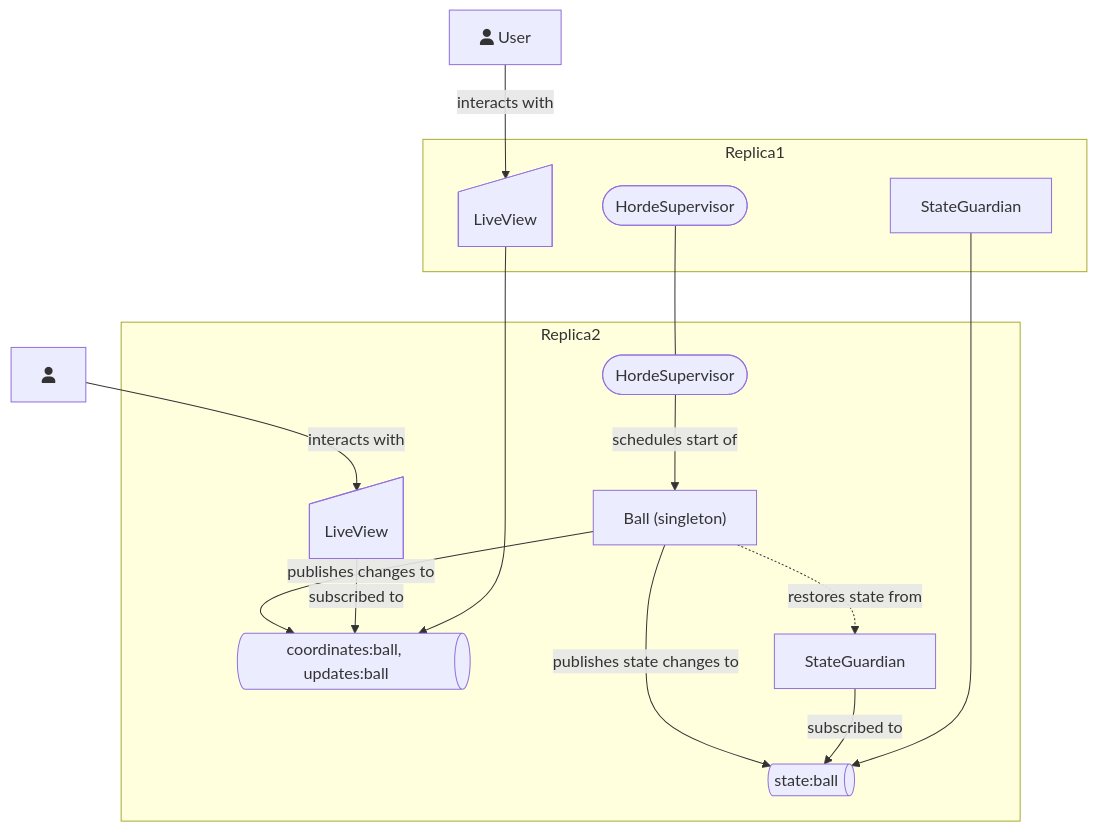
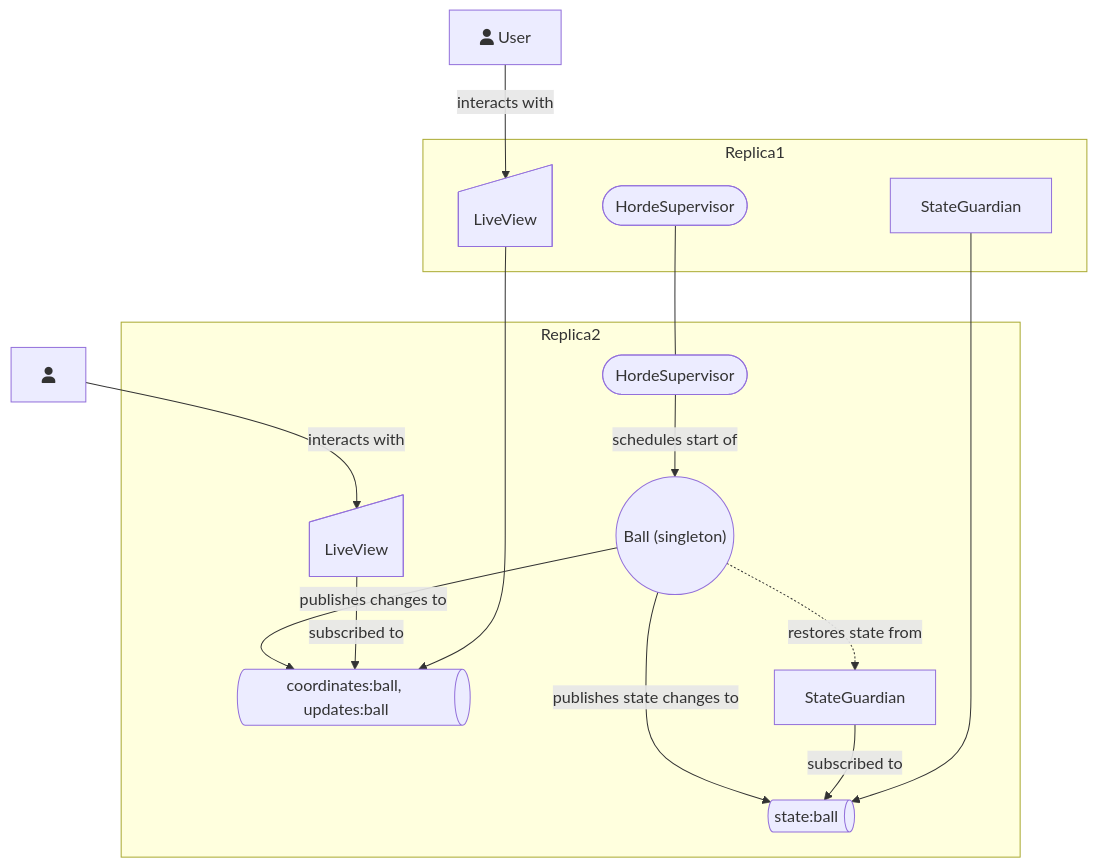
Before and after one commit to d-led/ssr-robust-live-svg: the diagram in README.md, drawn with Mermaid.

Commit message:
make the ball prominently identifiable

````diff
--- a/README.md
+++ b/README.md
@@ -102,19 +102,19 @@
 ```mermaid
 flowchart TB
     User1["fa:fa-user User"] -- interacts with --> LiveView2
     User2["fa:fa-user"] -- interacts with --> LiveView1
     subgraph Replica2
     HordeSupervisor1([HordeSupervisor]) -- schedules start of --> Ball
-    Ball["Ball (singleton)"]-- publishes state changes to -->BallStateTopic@{ shape: das, label: "state:ball" }
+    Ball(("Ball (singleton)"))-- publishes state changes to -->BallStateTopic@{ shape: das, label: "state:ball" }
     %% Ball-- updates -->BallUpdatesTopic@{ shape: das, label: "updates:ball" }
     Ball-- publishes changes to -->BallCoordinatesTopic@{ shape: das, label: "coordinates:ball, updates:ball" }
     StateGuardian1[StateGuardian] -- subscribed to --> BallStateTopic
     Ball -. restores state from .-> StateGuardian1 
     LiveView1@{ shape: manual-input, label: "LiveView"} -- subscribed to --> BallCoordinatesTopic
     end
     subgraph Replica1
     StateGuardian2[StateGuardian] --> BallStateTopic
     HordeSupervisor2([HordeSupervisor]) ---  HordeSupervisor1
     LiveView2@{ shape: manual-input, label: "LiveView"} --> BallCoordinatesTopic
     end
 ```
````
